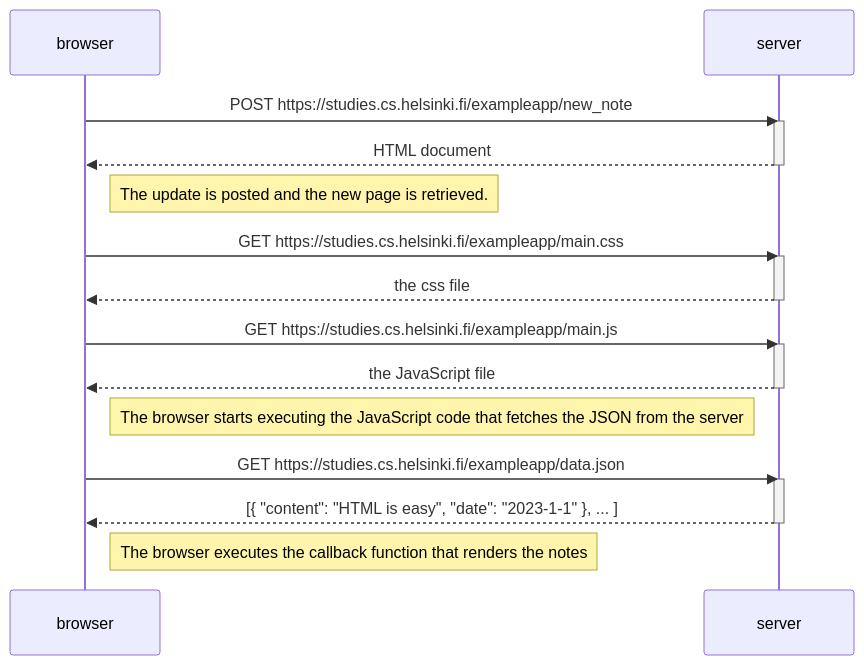
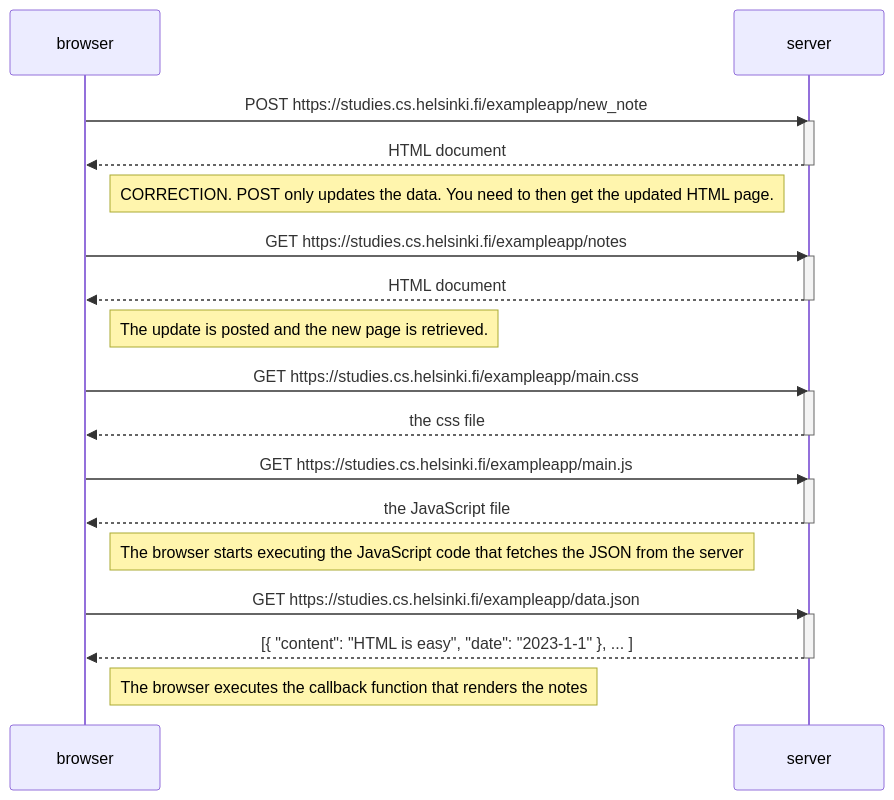
Before and after one commit to yokotenka/fullstackopen_submissions: the diagram in part0/0-4.md, drawn with Mermaid. The commit also changed 24 other files, not shown here.

```diff
--- a/part0/0-4.md
+++ b/part0/0-4.md
@@ -1,31 +1,37 @@
 :::mermaid
     sequenceDiagram;
         participant browser;
         participant server;
 
         browser->>server: POST https://studies.cs.helsinki.fi/exampleapp/new_note;
+        activate server;
+        server-->>browser: HTML document;
+        deactivate server;
+
+        Note right of browser: CORRECTION. POST only updates the data. You need to then get the updated HTML page.        
+        browser->>server: GET https://studies.cs.helsinki.fi/exampleapp/notes;
         activate server;
         server-->>browser: HTML document;
         deactivate server;
 
         Note right of browser: The update is posted and the new page is retrieved.;
 
         browser->>server: GET https://studies.cs.helsinki.fi/exampleapp/main.css;
         activate server;
         server-->>browser: the css file;
         deactivate server;
 
         browser->>server: GET https://studies.cs.helsinki.fi/exampleapp/main.js;
         activate server;
         server-->>browser: the JavaScript file;
         deactivate server;
 
         Note right of browser: The browser starts executing the JavaScript code that fetches the JSON from the server;
 
         browser->>server: GET https://studies.cs.helsinki.fi/exampleapp/data.json;
         activate server;
         server-->>browser: [{ "content": "HTML is easy", "date": "2023-1-1" }, ... ];
         deactivate server;
 
         Note right of browser: The browser executes the callback function that renders the notes;
 :::
```
